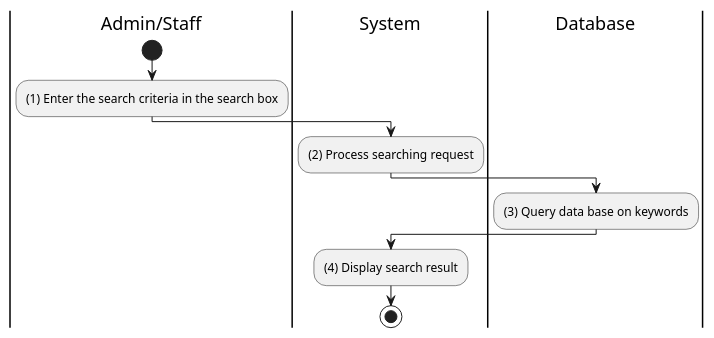
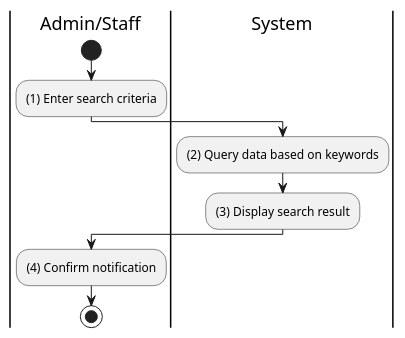
Before and after one commit to electricilies/electricilies.github.io: the diagram in docs/software-docs/activity/manage-user/search-user.md, drawn with PlantUML. The commit also changed 47 other files, not shown here.

````diff
--- a/docs/software-docs/activity/manage-user/search-user.md
+++ b/docs/software-docs/activity/manage-user/search-user.md
@@ -3,19 +3,16 @@
 ```plantuml
 @startuml
 |AS|Admin/Staff
 |S|System
-|D|Database
 
 |AS|
 start
-:(1) Enter the search criteria in the search box;
-|S|System
-:(2) Process searching request;
-|D|
-:(3) Query data base on keywords;
+:(1) Enter search criteria;
 |S|
-:(4) Display search result;
+:(2) Query data based on keywords;
+:(3) Display search result;
+|AS|
+:(4) Confirm notification;
 stop
-
 @enduml
 ```
````
